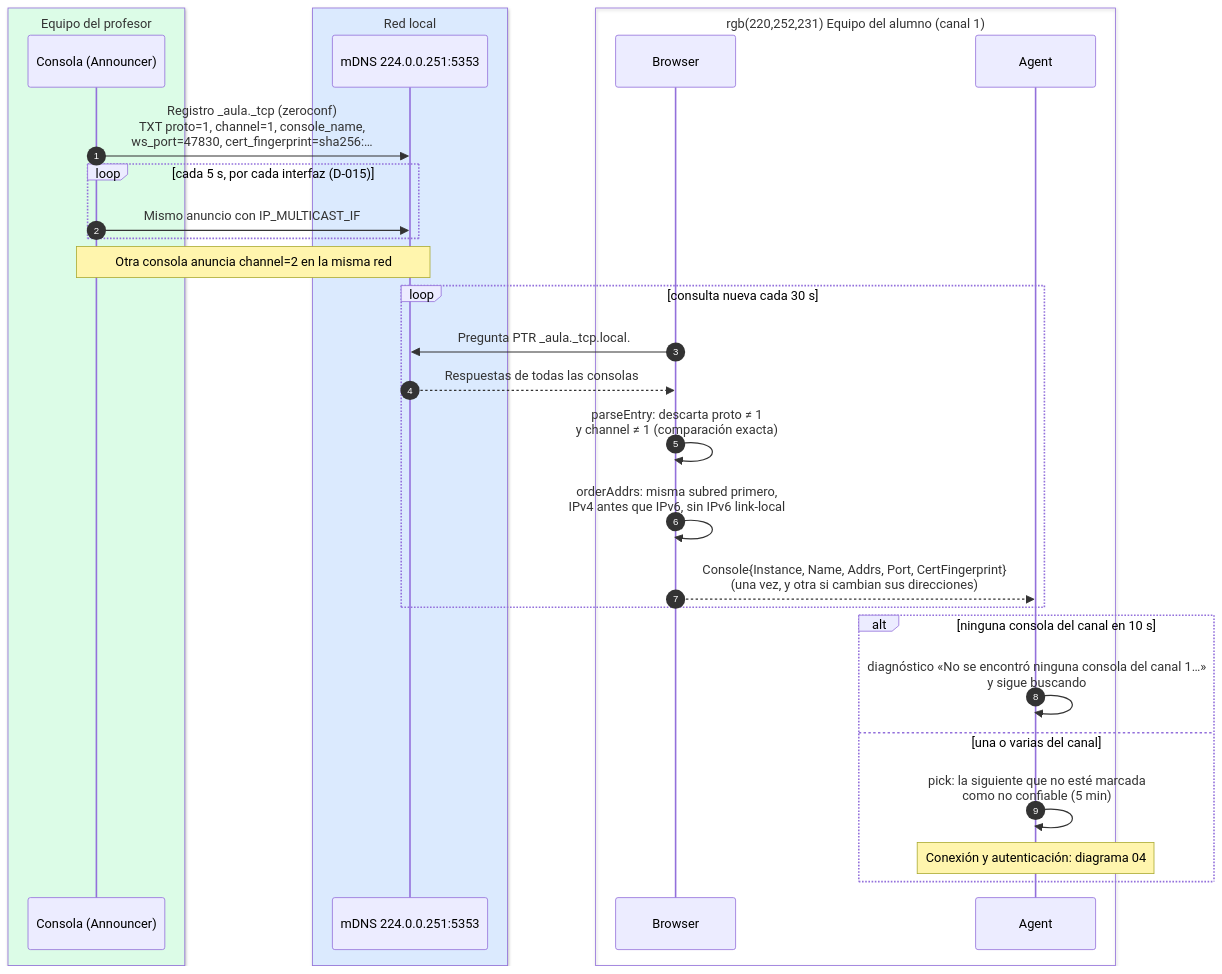
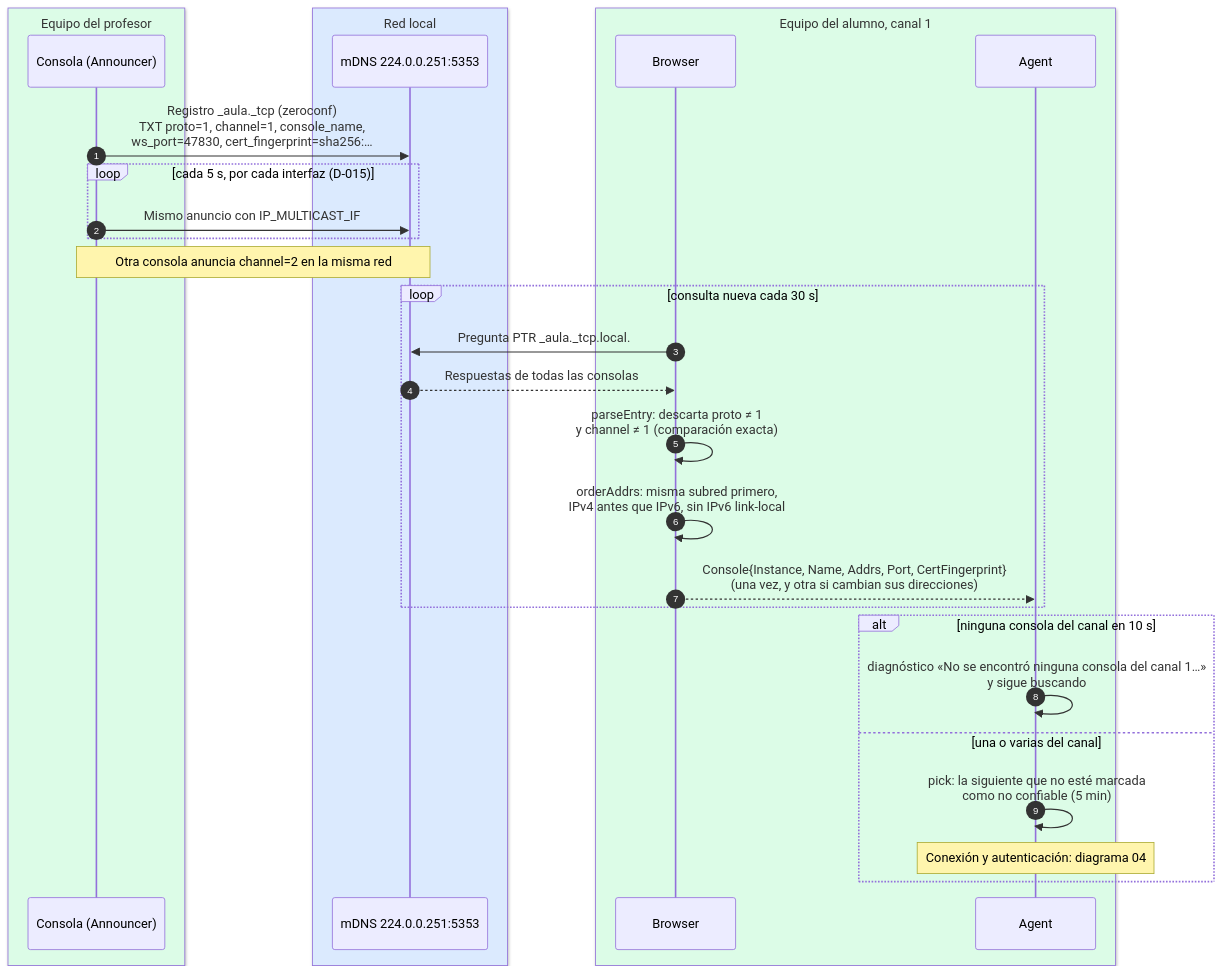
One commit to bayalad7/aula changed the diagram in docs/v1/diagramas/03-descubrimiento-canal.md. Above: the diagram before and after it, drawn with Mermaid. The commit also changed 62 other files, not shown here.

First line of the commit message:
caracteristica(manual): dibuja los diagramas en la consola, en claro y oscuro

````diff
--- a/docs/v1/diagramas/03-descubrimiento-canal.md
+++ b/docs/v1/diagramas/03-descubrimiento-canal.md
@@ -13,36 +13,36 @@
 ```mermaid
 %%{init: {"htmlLabels": false}}%%
 sequenceDiagram
     autonumber
     box rgb(220,252,231) Equipo del profesor
         participant C as Consola (Announcer)
     end
     box rgb(219,234,254) Red local
         participant M as mDNS 224.0.0.251:5353
     end
-    box rgb(220,252,231) Equipo del alumno (canal 1)
+    box rgb(220,252,231) Equipo del alumno, canal 1
         participant B as Browser
         participant A as Agent
     end
 
     C->>M: Registro _aula._tcp (zeroconf)<br/>TXT proto=1, channel=1, console_name,<br/>ws_port=47830, cert_fingerprint=sha256:…
     loop cada 5 s, por cada interfaz (D-015)
         C->>M: Mismo anuncio con IP_MULTICAST_IF
     end
     Note over C,M: Otra consola anuncia channel=2 en la misma red
 
     loop consulta nueva cada 30 s
         B->>M: Pregunta PTR _aula._tcp.local.
         M-->>B: Respuestas de todas las consolas
         B->>B: parseEntry: descarta proto ≠ 1<br/>y channel ≠ 1 (comparación exacta)
         B->>B: orderAddrs: misma subred primero,<br/>IPv4 antes que IPv6, sin IPv6 link-local
         B-->>A: Console{Instance, Name, Addrs, Port, CertFingerprint}<br/>(una vez, y otra si cambian sus direcciones)
     end
 
     alt ninguna consola del canal en 10 s
         A->>A: diagnóstico «No se encontró ninguna consola del canal 1…»<br/>y sigue buscando
     else una o varias del canal
         A->>A: pick: la siguiente que no esté marcada<br/>como no confiable (5 min)
         Note over A: Conexión y autenticación: diagrama 04
     end
 ```
````
